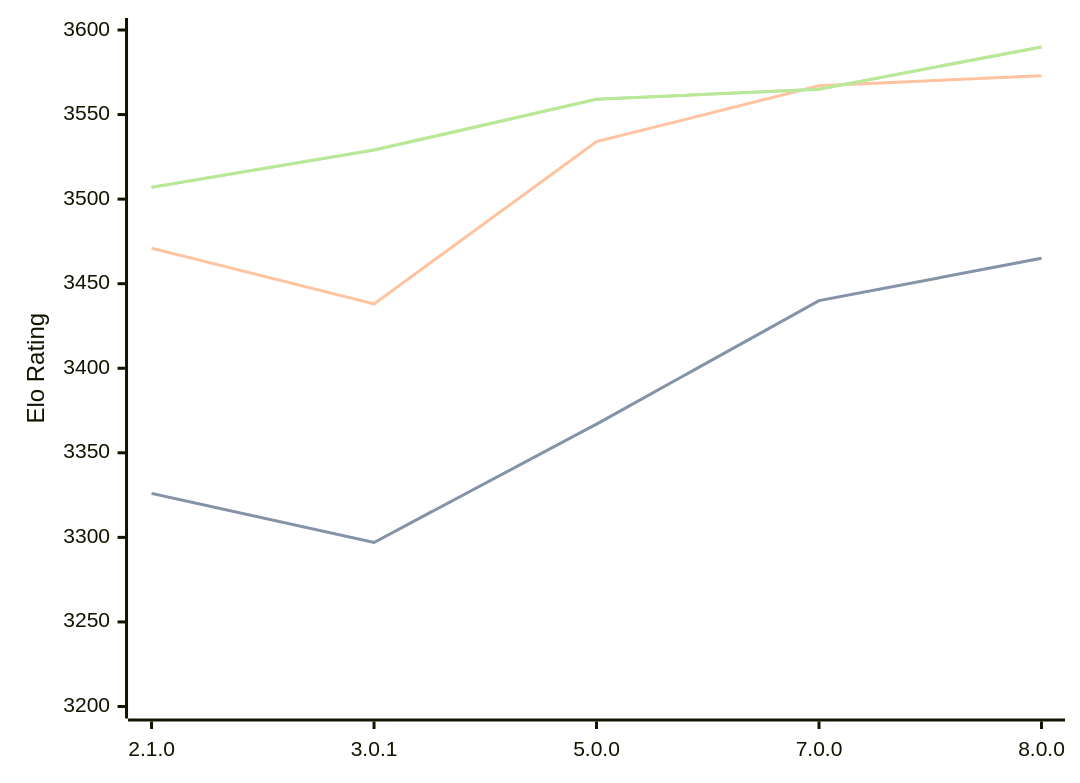
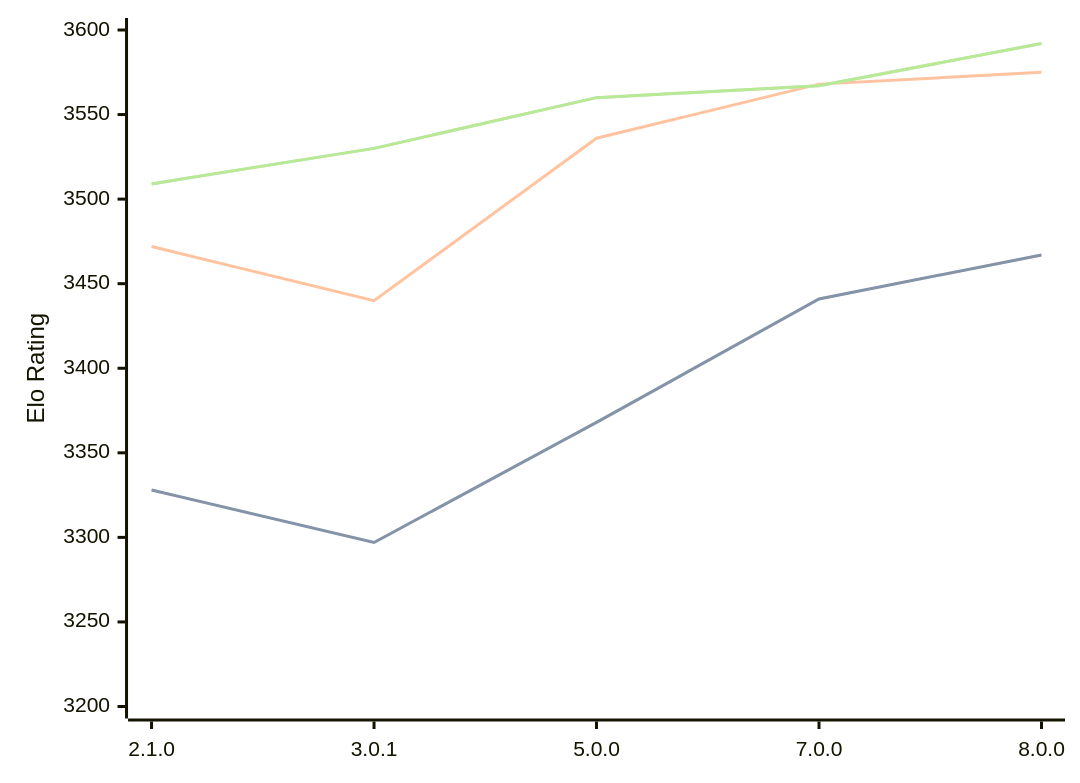
Before and after one commit to computer-chess-index/cci: the diagram in engines/PlentyChess.md, drawn with Mermaid. The commit also changed other lines of this file, not shown here.

Commit message:
Update CCI Ratings (ELO VLTC) - 2026-09-08

````diff
--- a/engines/PlentyChess.md
+++ b/engines/PlentyChess.md
@@ -37,11 +37,11 @@
 ```mermaid
 %%{init: {"theme":"base","themeVariables":{"seriesColors:['#a3a3a3','#222221','#faa371']}}}%%
 xychart-beta
   x-axis ["2.1.0", "3.0.1", "5.0.0", "7.0.0", "8.0.0"]
   y-axis "Elo Rating" 3200 --> 3600
-  line "" [3326, 3297, 3367, 3440, 3465]
-  line "STC (8.0+0.08s)" [3326, 3297, 3367, 3440, 3465]
-  line "LTC (60.0+0.60s)" [3471, 3438, 3534, 3567, 3573]
-  line "" [3507, 3529, 3559, 3565, 3590]
-  line "VLTC (2m24s+1.12s)" [3507, 3529, 3559, 3565, 3590]
+  line "" [3328, 3297, 3368, 3441, 3467]
+  line "STC (8.0+0.08s)" [3328, 3297, 3368, 3441, 3467]
+  line "LTC (60.0+0.60s)" [3472, 3440, 3536, 3568, 3575]
+  line "" [3509, 3530, 3560, 3567, 3592]
+  line "VLTC (2m24s+1.12s)" [3509, 3530, 3560, 3567, 3592]
 ```
````
